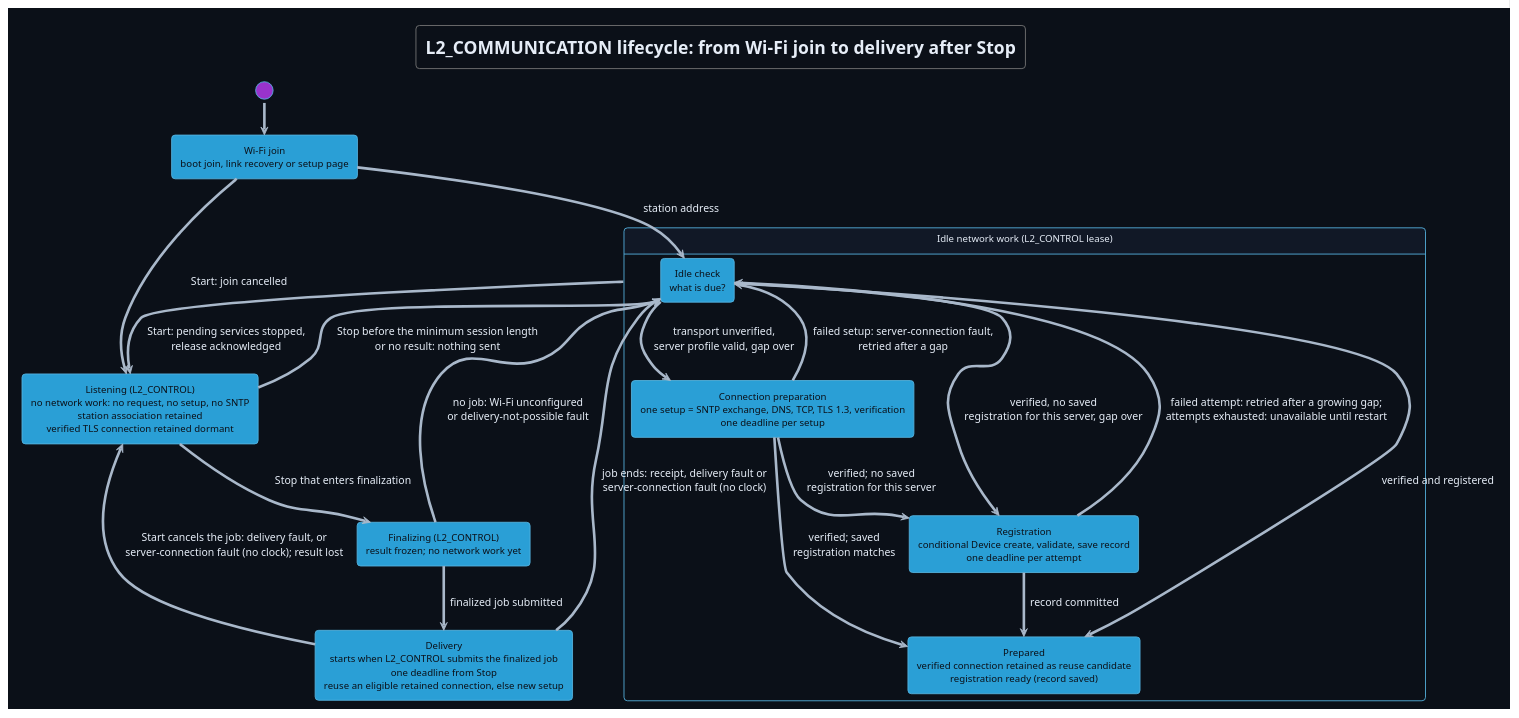
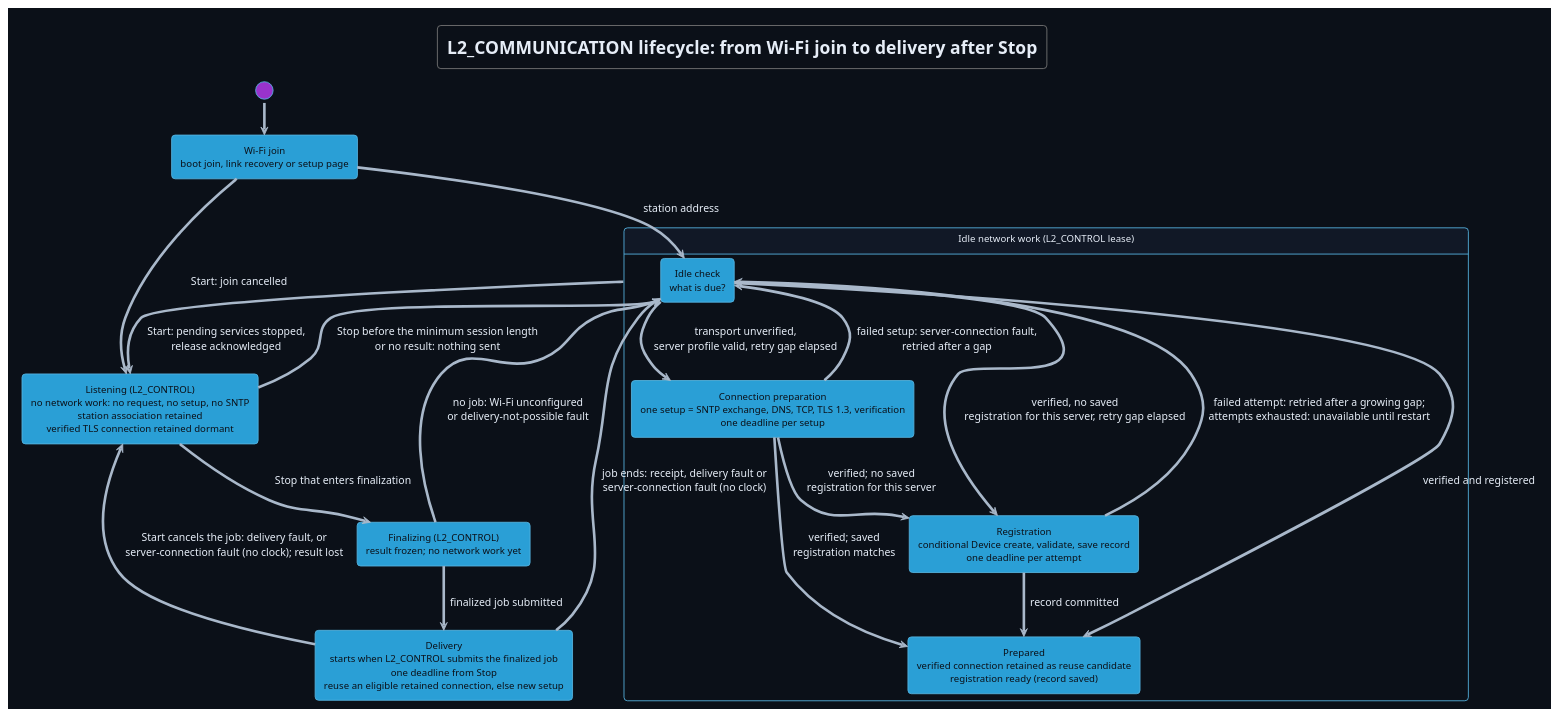
One commit to DemonicPsychoII/DigitalStethoscope changed the diagram in Development/system/architecture/COMMUNICATION/puml/communication-lifecycle.puml. Above: the diagram before and after it, drawn with PlantUML. The commit also changed 120 other files, not shown here.

```diff
--- a/Development/system/architecture/COMMUNICATION/puml/communication-lifecycle.puml
+++ b/Development/system/architecture/COMMUNICATION/puml/communication-lifecycle.puml
@@ -1,42 +1,42 @@
 @startuml communication_lifecycle
 !theme cyborg
 !pragma layout smetana
 skinparam shadowing false
 skinparam defaultFontName SansSerif
 skinparam backgroundColor #0b1018
 skinparam defaultFontColor #e6edf7
 skinparam ArrowColor #a9b8ca
 skinparam state {
  FontColor #0b1018
 }
 title L2_COMMUNICATION lifecycle: from Wi-Fi join to delivery after Stop
 hide empty description
 state "Wi-Fi join\nboot join, link recovery or setup page" as Join
 state "<color:#e6edf7>Idle network work (L2_CONTROL lease)</color>" as Idle #111826 {
  state "Idle check\nwhat is due?" as Check
  state "Connection preparation\none setup = SNTP exchange, DNS, TCP, TLS 1.3, verification\none deadline per setup" as Preparation
  state "Registration\nconditional Device create, validate, save record\none deadline per attempt" as Registration
  state "Prepared\nverified connection retained as reuse candidate\nregistration ready (record saved)" as Prepared
 }
 state "Listening (L2_CONTROL)\nno network work: no request, no setup, no SNTP\nstation association retained\nverified TLS connection retained dormant" as Listening
 state "Finalizing (L2_CONTROL)\nresult frozen; no network work yet" as Finalizing
 state "Delivery\nstarts when L2_CONTROL submits the finalized job\none deadline from Stop\nreuse an eligible retained connection, else new setup" as Delivery
 [*] --> Join
 Join -down-> Check : station address
-Check --> Preparation : transport unverified,\nserver profile valid, gap over
-Check --> Registration : verified, no saved\nregistration for this server, gap over
+Check --> Preparation : transport unverified,\nserver profile valid, retry gap elapsed
+Check --> Registration : verified, no saved\nregistration for this server, retry gap elapsed
 Check --> Prepared : verified and registered
 Preparation --> Check : failed setup: server-connection fault,\nretried after a gap
 Preparation --> Registration : verified; no saved\nregistration for this server
 Preparation --> Prepared : verified; saved\nregistration matches
 Registration --> Prepared : record committed
 Registration --> Check : failed attempt: retried after a growing gap;\nattempts exhausted: unavailable until restart
 Idle -down-> Listening : Start: pending services stopped,\nrelease acknowledged
 Join --> Listening : Start: join cancelled
 Listening -up-> Check : Stop before the minimum session length\nor no result: nothing sent
 Listening -down-> Finalizing : Stop that enters finalization
 Finalizing -up-> Check : no job: Wi-Fi unconfigured\nor delivery-not-possible fault
 Finalizing -down-> Delivery : finalized job submitted
 Delivery -up-> Check : job ends: receipt, delivery fault or\nserver-connection fault (no clock)
 Delivery -up-> Listening : Start cancels the job: delivery fault, or\nserver-connection fault (no clock); result lost
 @enduml
```
